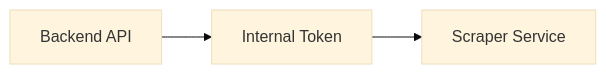
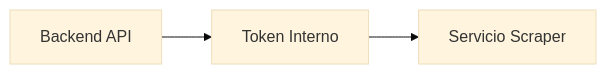
One commit to JexUgaz/my-portfolio changed the third of 4 diagrams in src/components/projects/markdown/supplier-due-diligence/es/arquitecture.md. Above: the diagram before and after it, drawn with Mermaid (base theme). The commit also changed other lines of this file and 14 other files, not shown here.

````diff
--- a/src/components/projects/markdown/supplier-due-diligence/es/arquitecture.md
+++ b/src/components/projects/markdown/supplier-due-diligence/es/arquitecture.md
@@ -65,12 +50,12 @@
 ```mermaid
 flowchart LR
 
     API[Backend API]
 
-    Auth[Internal Token]
+    Auth[Token Interno]
 
-    Scraper[Scraper Service]
+    Scraper[Servicio Scraper]
 
     API --> Auth
     Auth --> Scraper
 ```
````
